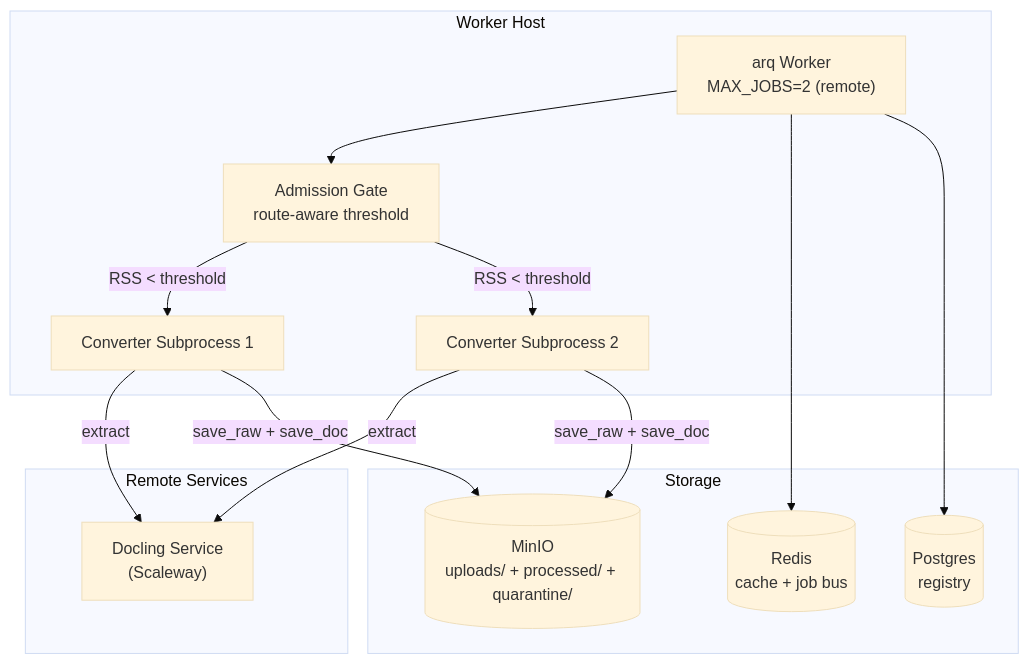
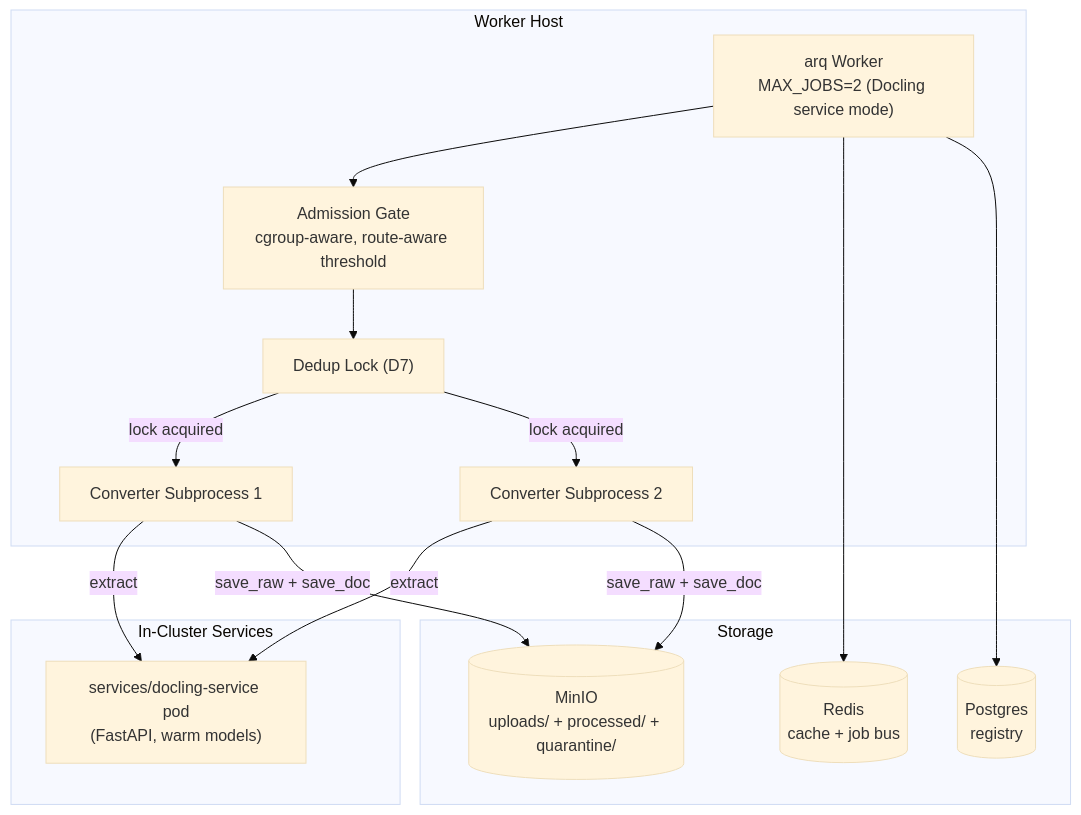
One commit to trehansalil/pageindex changed the first of 2 diagrams in agents/designs/design-rfc050-pipeline-acceleration-raw-export.md. Above: the diagram before and after it, drawn with Mermaid (base theme). The commit also changed other lines of this file and 49 other files, not shown here.

First line of the commit message:
RFC-050: pipeline acceleration — offload-aware admission, ingest lock, raw export (#26)

````diff
--- a/agents/designs/design-rfc050-pipeline-acceleration-raw-export.md
+++ b/agents/designs/design-rfc050-pipeline-acceleration-raw-export.md
@@ -55,29 +61,31 @@
 ```mermaid
 graph TB
   subgraph "Worker Host"
-    Worker["arq Worker<br/>MAX_JOBS=2 (remote)"]
-    AdmGate["Admission Gate<br/>route-aware threshold"]
+    Worker["arq Worker<br/>MAX_JOBS=2 (Docling service mode)"]
+    AdmGate["Admission Gate<br/>cgroup-aware, route-aware threshold"]
+    DedupLock["Dedup Lock (D7)"]
     SubProc1["Converter Subprocess 1"]
     SubProc2["Converter Subprocess 2"]
   end
 
-  subgraph "Remote Services"
-    Docling["Docling Service<br/>(Scaleway)"]
+  subgraph "In-Cluster Services"
+    Docling["services/docling-service pod<br/>(FastAPI, warm models)"]
   end
 
   subgraph "Storage"
     MinIO[("MinIO<br/>uploads/ + processed/ + quarantine/")]
     Redis[("Redis<br/>cache + job bus")]
     Postgres[("Postgres<br/>registry")]
   end
 
   Worker --> AdmGate
-  AdmGate -->|"RSS < threshold"| SubProc1
-  AdmGate -->|"RSS < threshold"| SubProc2
+  AdmGate --> DedupLock
+  DedupLock -->|"lock acquired"| SubProc1
+  DedupLock -->|"lock acquired"| SubProc2
   SubProc1 -->|"extract"| Docling
   SubProc2 -->|"extract"| Docling
   SubProc1 -->|"save_raw + save_doc"| MinIO
   SubProc2 -->|"save_raw + save_doc"| MinIO
   Worker --> Redis
   Worker --> Postgres
 ```
````
